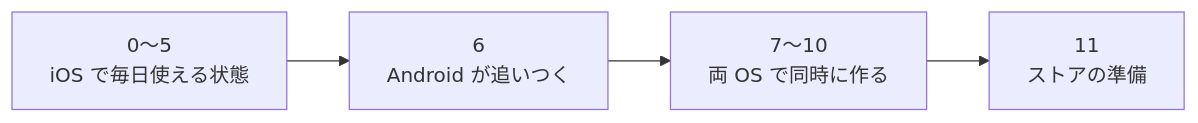
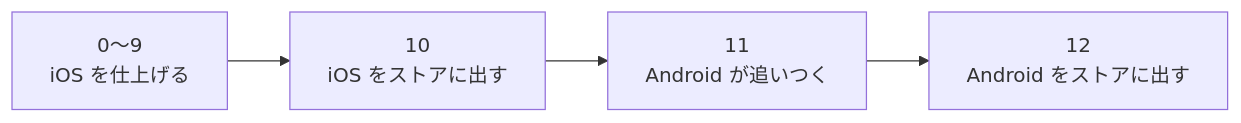
The diagram in docs/roadmap.md (yossibank/kakeibot), drawn with Mermaid before and after one commit. The commit also changed other lines of this file and 2 other files, not shown here.

First line of the commit message:
docs: finish and release ios before starting android (#61)

````diff
--- a/docs/roadmap.md
+++ b/docs/roadmap.md
@@ -9,4 +9,4 @@
 ```mermaid
 flowchart LR
-    A["0〜5<br>iOS で毎日使える状態"] --> B["6<br>Android が追いつく"] --> C["7〜10<br>両 OS で同時に作る"] --> D["11<br>ストアの準備"]
+    A["0〜9<br>iOS を仕上げる"] --> B["10<br>iOS をストアに出す"] --> C["11<br>Android が追いつく"] --> D["12<br>Android をストアに出す"]
 ```
````
